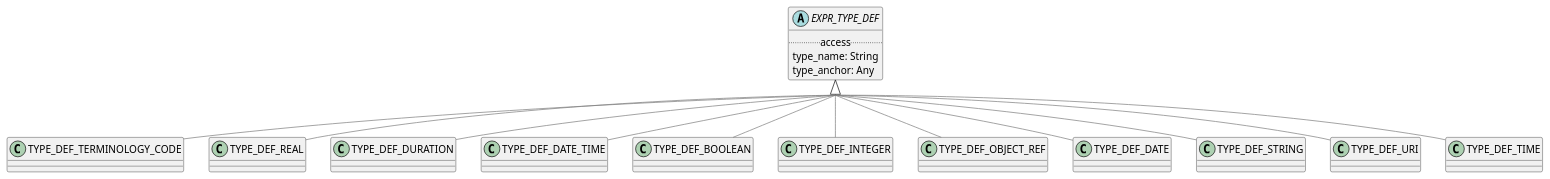
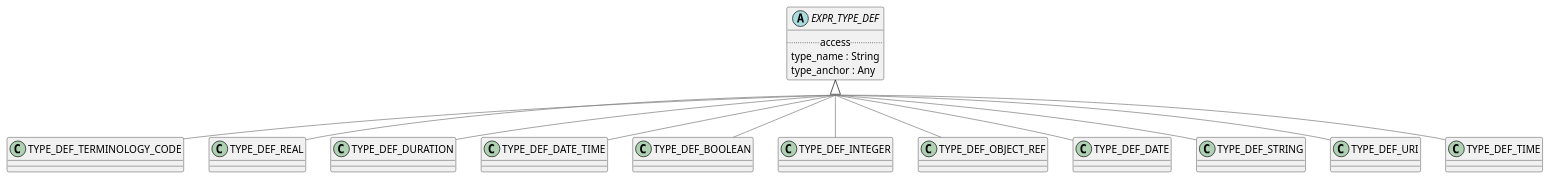
One commit to wolandscat/openehr-doc changed the diagram in modules/ROOT/examples/bmm/languages/bel/type/type-package-uml.adoc. Above: the diagram before and after it, drawn with PlantUML. The commit also changed 1814 other files, not shown here.

```diff
--- a/modules/ROOT/examples/bmm/languages/bel/type/type-package-uml.adoc
+++ b/modules/ROOT/examples/bmm/languages/bel/type/type-package-uml.adoc
@@ -3,80 +3,79 @@
 [plantuml,opts=interactive,link=self]
 ....
 skinparam groupInheritance 2
 skinparam citedClassColor #FDFDFD
 
 
 class TYPE_DEF_TERMINOLOGY_CODE [[/openehr-doc/latest/languages/bel-gen.html#_class_type_def_terminology_code]] {
 }
 
 TYPE_DEF_TERMINOLOGY_CODE -[#gray]up-|> EXPR_TYPE_DEF  
 
 
 class TYPE_DEF_REAL [[/openehr-doc/latest/languages/bel-gen.html#_class_type_def_real]] {
 }
 
 TYPE_DEF_REAL -[#gray]up-|> EXPR_TYPE_DEF  
 
 
 class TYPE_DEF_DURATION [[/openehr-doc/latest/languages/bel-gen.html#_class_type_def_duration]] {
 }
 
 TYPE_DEF_DURATION -[#gray]up-|> EXPR_TYPE_DEF  
 
 
 class TYPE_DEF_DATE_TIME [[/openehr-doc/latest/languages/bel-gen.html#_class_type_def_date_time]] {
 }
 
 TYPE_DEF_DATE_TIME -[#gray]up-|> EXPR_TYPE_DEF  
 
 
 class TYPE_DEF_BOOLEAN [[/openehr-doc/latest/languages/bel-gen.html#_class_type_def_boolean]] {
 }
 
 TYPE_DEF_BOOLEAN -[#gray]up-|> EXPR_TYPE_DEF  
 
 
 class TYPE_DEF_INTEGER [[/openehr-doc/latest/languages/bel-gen.html#_class_type_def_integer]] {
 }
 
 TYPE_DEF_INTEGER -[#gray]up-|> EXPR_TYPE_DEF  
 
 
 class TYPE_DEF_OBJECT_REF [[/openehr-doc/latest/languages/bel-gen.html#_class_type_def_object_ref]] {
 }
 
 TYPE_DEF_OBJECT_REF -[#gray]up-|> EXPR_TYPE_DEF  
 
 
 class TYPE_DEF_DATE [[/openehr-doc/latest/languages/bel-gen.html#_class_type_def_date]] {
 }
 
 TYPE_DEF_DATE -[#gray]up-|> EXPR_TYPE_DEF  
 
 
 class TYPE_DEF_STRING [[/openehr-doc/latest/languages/bel-gen.html#_class_type_def_string]] {
 }
 
 TYPE_DEF_STRING -[#gray]up-|> EXPR_TYPE_DEF  
 
 
 class TYPE_DEF_URI [[/openehr-doc/latest/languages/bel-gen.html#_class_type_def_uri]] {
 }
 
 TYPE_DEF_URI -[#gray]up-|> EXPR_TYPE_DEF  
 
 
 class TYPE_DEF_TIME [[/openehr-doc/latest/languages/bel-gen.html#_class_type_def_time]] {
 }
 
 TYPE_DEF_TIME -[#gray]up-|> EXPR_TYPE_DEF  
 
 
 abstract class EXPR_TYPE_DEF [[/openehr-doc/latest/languages/bel-gen.html#_class_expr_type_def]] {
         .. access ..
-        type_name: String
-        type_anchor: Any
+        type_name : String
+        type_anchor : Any
 }
 
-
 ....
```
